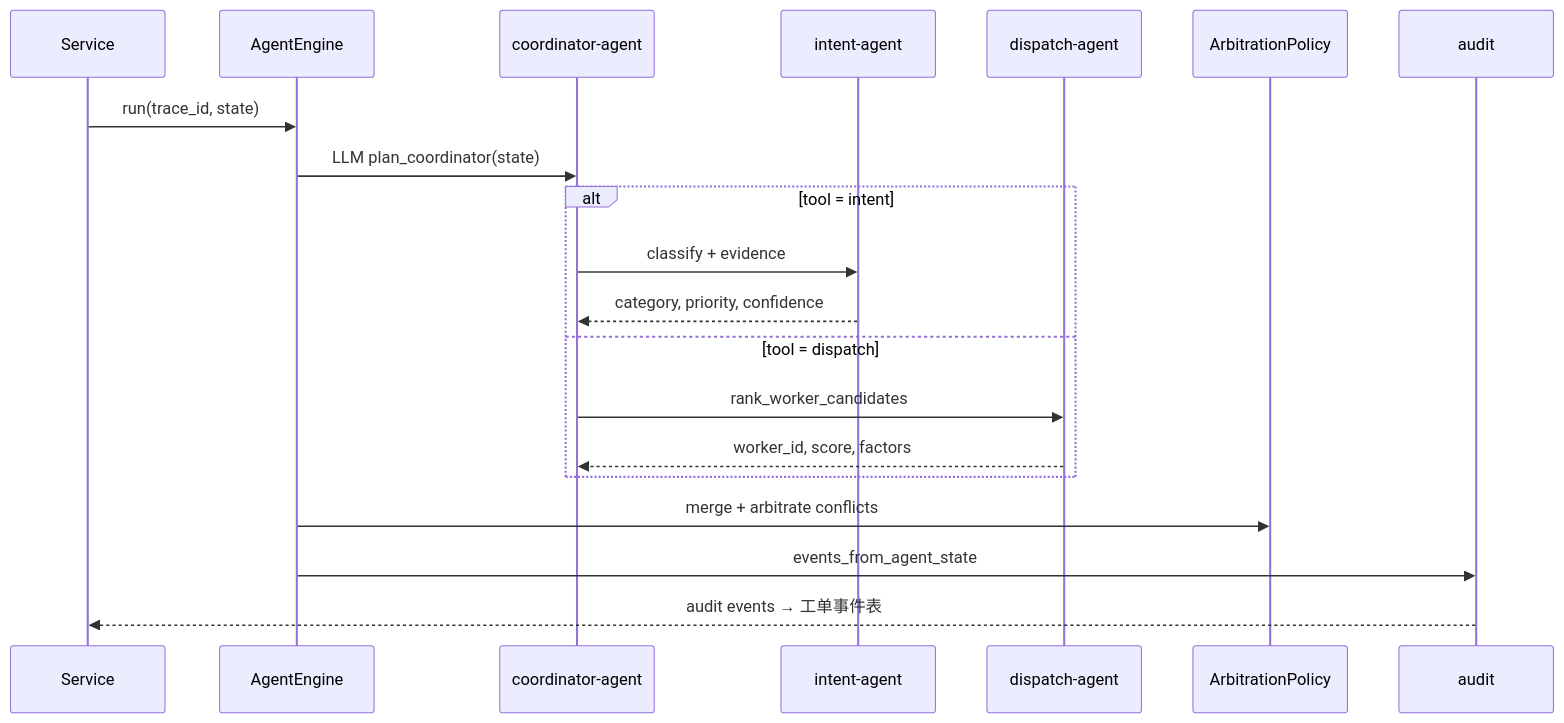
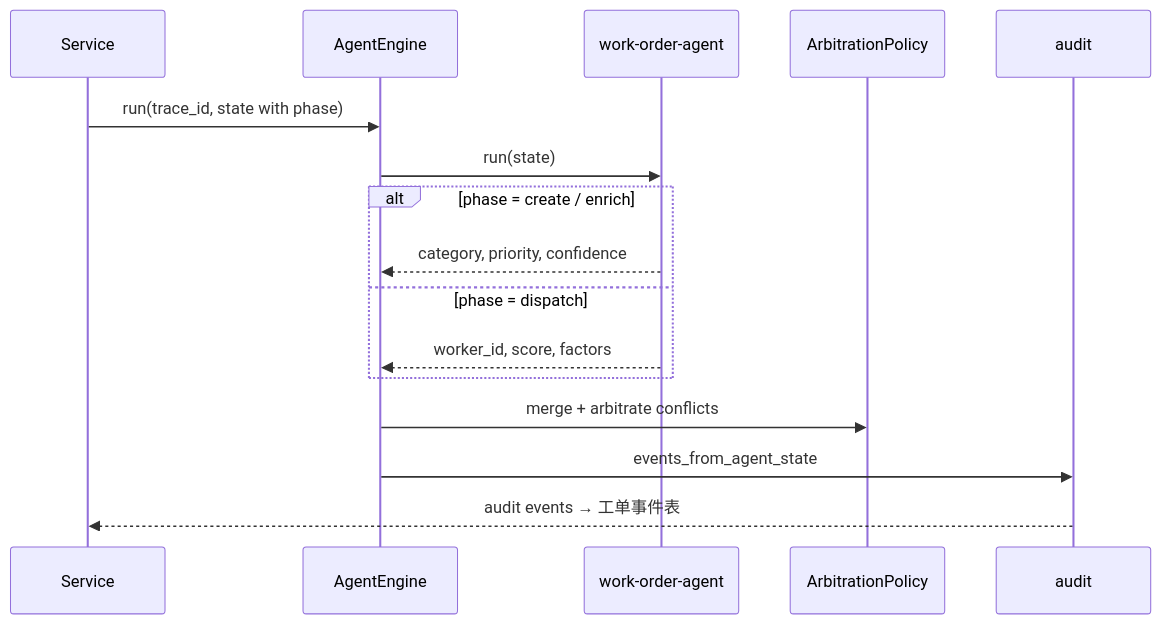
Before and after one commit to ouzi-xiaohao/lingshu-workorder-platform: the diagram in docs/architecture.md, drawn with Mermaid. The commit also changed other lines of this file and 23 other files, not shown here.

First line of the commit message:
refactor: consolidate to single work-order-agent

````diff
--- a/docs/architecture.md
+++ b/docs/architecture.md
@@ -60,23 +65,19 @@
 ```mermaid
 sequenceDiagram
   participant S as Service
   participant E as AgentEngine
-  participant C as coordinator-agent
-  participant I as intent-agent
-  participant D as dispatch-agent
+  participant W as work-order-agent
   participant A as ArbitrationPolicy
   participant U as audit
 
-  S->>E: run(trace_id, state)
-  E->>C: LLM plan_coordinator(state)
-  alt tool = intent
-    C->>I: classify + evidence
-    I-->>C: category, priority, confidence
-  else tool = dispatch
-    C->>D: rank_worker_candidates
-    D-->>C: worker_id, score, factors
+  S->>E: run(trace_id, state with phase)
+  E->>W: run(state)
+  alt phase = create / enrich
+    W-->>E: category, priority, confidence
+  else phase = dispatch
+    W-->>E: worker_id, score, factors
   end
   E->>A: merge + arbitrate conflicts
   E->>U: events_from_agent_state
   U-->>S: audit events → 工单事件表
 ```
````
